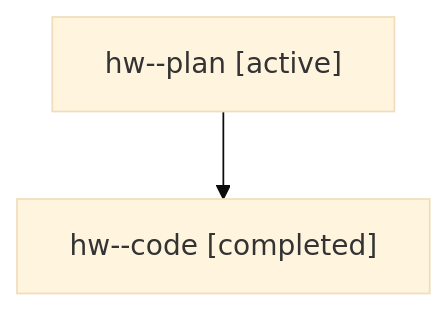
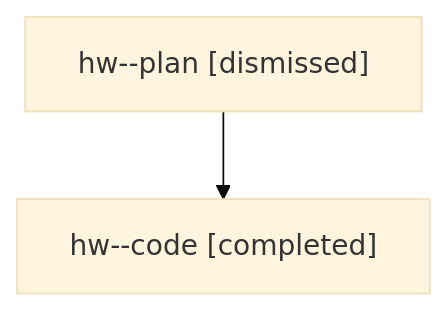
One commit to sase-org/sase--agents changed the diagram in sessions/bbugyi200.athena.hw.md. Above: the diagram before and after it, drawn with Mermaid (base theme). The commit also changed other lines of this file and 31 other files, not shown here.

````diff
--- a/sessions/bbugyi200.athena.hw.md
+++ b/sessions/bbugyi200.athena.hw.md
@@ -9,6 +9,6 @@
 ```mermaid
 flowchart TD
-  n0["hw--plan [active]"]
+  n0["hw--plan [dismissed]"]
   n1["hw--code [completed]"]
   n0 --> n1
 ```
````
